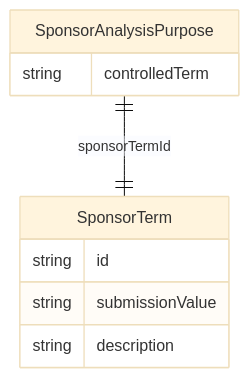
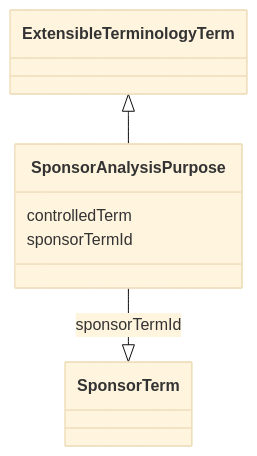
One commit to cdisc-org/analysis-results-standard changed the diagram in project/docs/SponsorAnalysisPurpose.md. Above: the diagram before and after it, drawn with Mermaid (base theme). The commit also changed 256 other files, not shown here.

Commit message:
Documentation diagrams

````diff
--- a/project/docs/SponsorAnalysisPurpose.md
+++ b/project/docs/SponsorAnalysisPurpose.md
@@ -13,14 +15,13 @@
 ```mermaid
-erDiagram
-SponsorAnalysisPurpose {
-    string controlledTerm  
-}
-SponsorTerm {
-    string id  
-    string submissionValue  
-    string description  
-}
-
-SponsorAnalysisPurpose ||--|| SponsorTerm : "sponsorTermId"
-
+ classDiagram
+    class SponsorAnalysisPurpose
+      ExtensibleTerminologyTerm <|-- SponsorAnalysisPurpose
+      
+      SponsorAnalysisPurpose : controlledTerm
+        
+      SponsorAnalysisPurpose : sponsorTermId
+        
+          SponsorAnalysisPurpose --|> SponsorTerm : sponsorTermId
+        
+      
 ```
````
